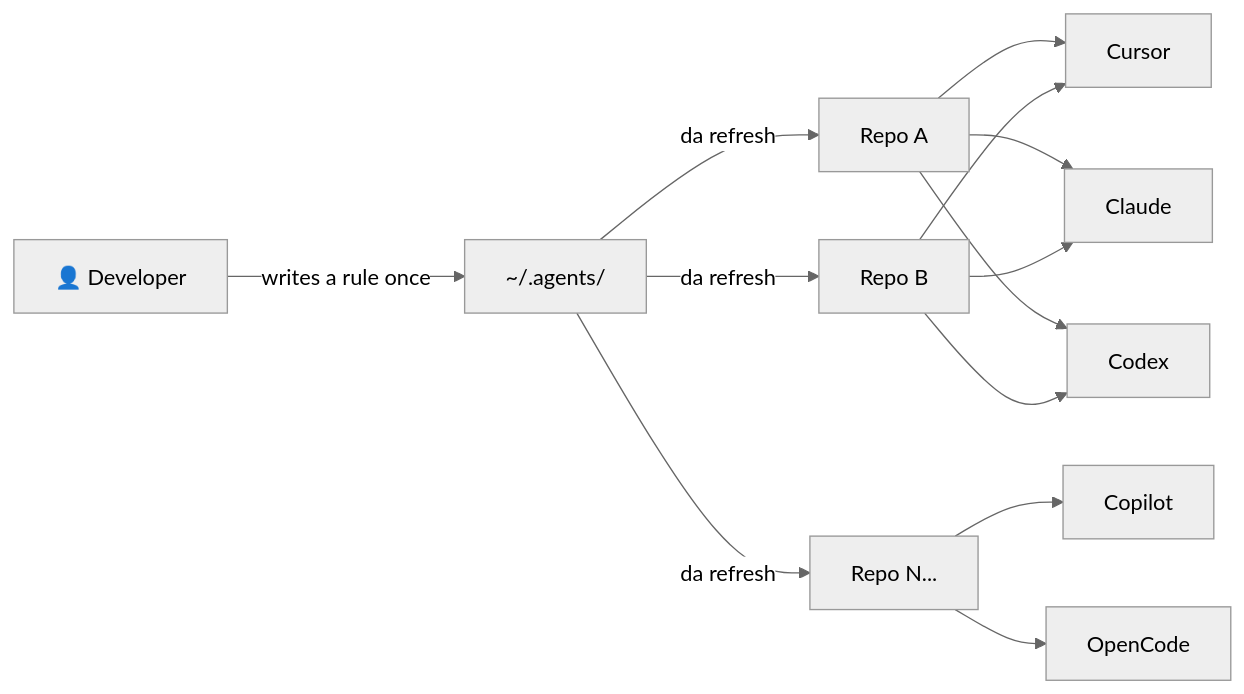
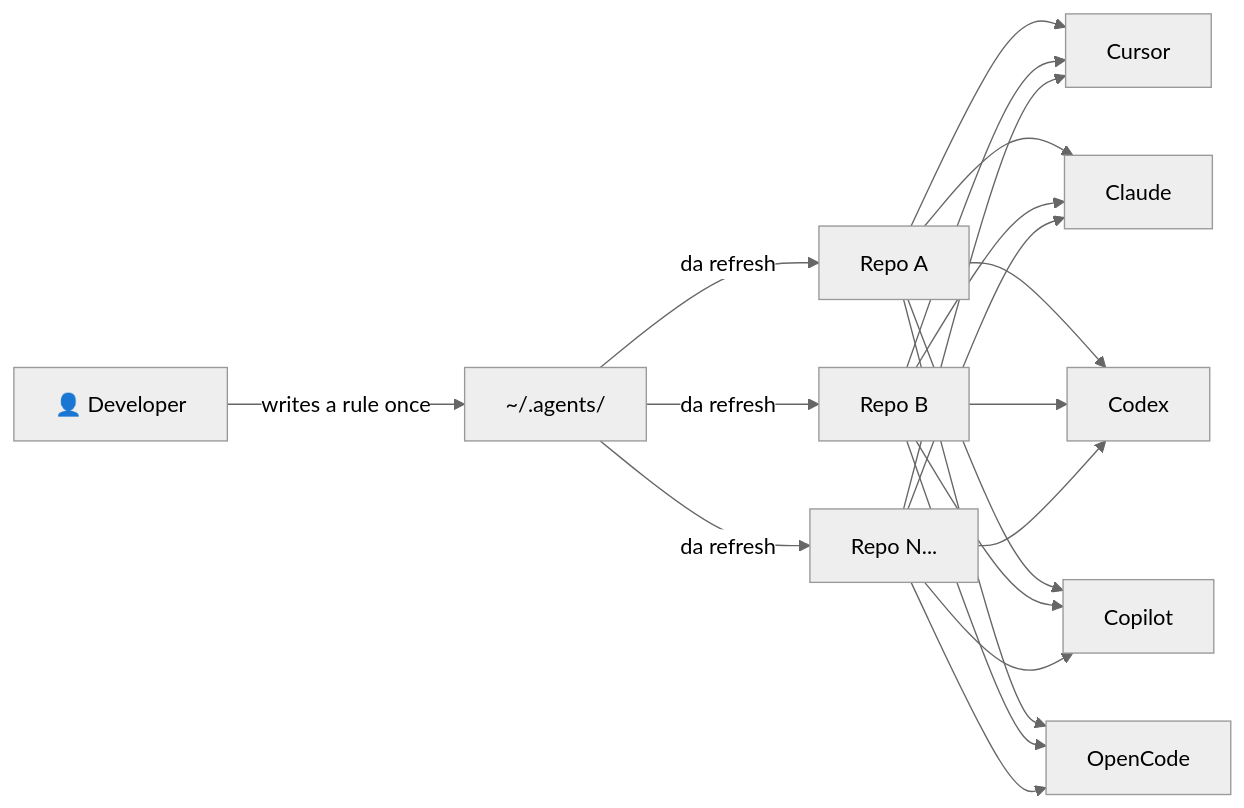
The diagram in docs/DEMO_README.md (AGOrcha/dot-agents), drawn with Mermaid (neutral theme) before and after one commit. The commit also changed other lines of this file and 19 other files, not shown here.

````diff
--- a/docs/DEMO_README.md
+++ b/docs/DEMO_README.md
@@ -15,10 +15,10 @@
 ```mermaid
 flowchart LR
     Dev["👤 Developer"] -->|"writes a rule once"| Home["~/.agents/"]
     Home -->|"da refresh"| Repo1["Repo A"]
     Home -->|"da refresh"| Repo2["Repo B"]
     Home -->|"da refresh"| RepoN["Repo N..."]
-    Repo1 --> Cursor & Claude & Codex
-    Repo2 --> Cursor & Claude & Codex
-    RepoN --> Copilot & OpenCode
+    Repo1 --> Cursor & Claude & Codex & Copilot & OpenCode
+    Repo2 --> Cursor & Claude & Codex & Copilot & OpenCode
+    RepoN --> Cursor & Claude & Codex & Copilot & OpenCode
 ```
````
